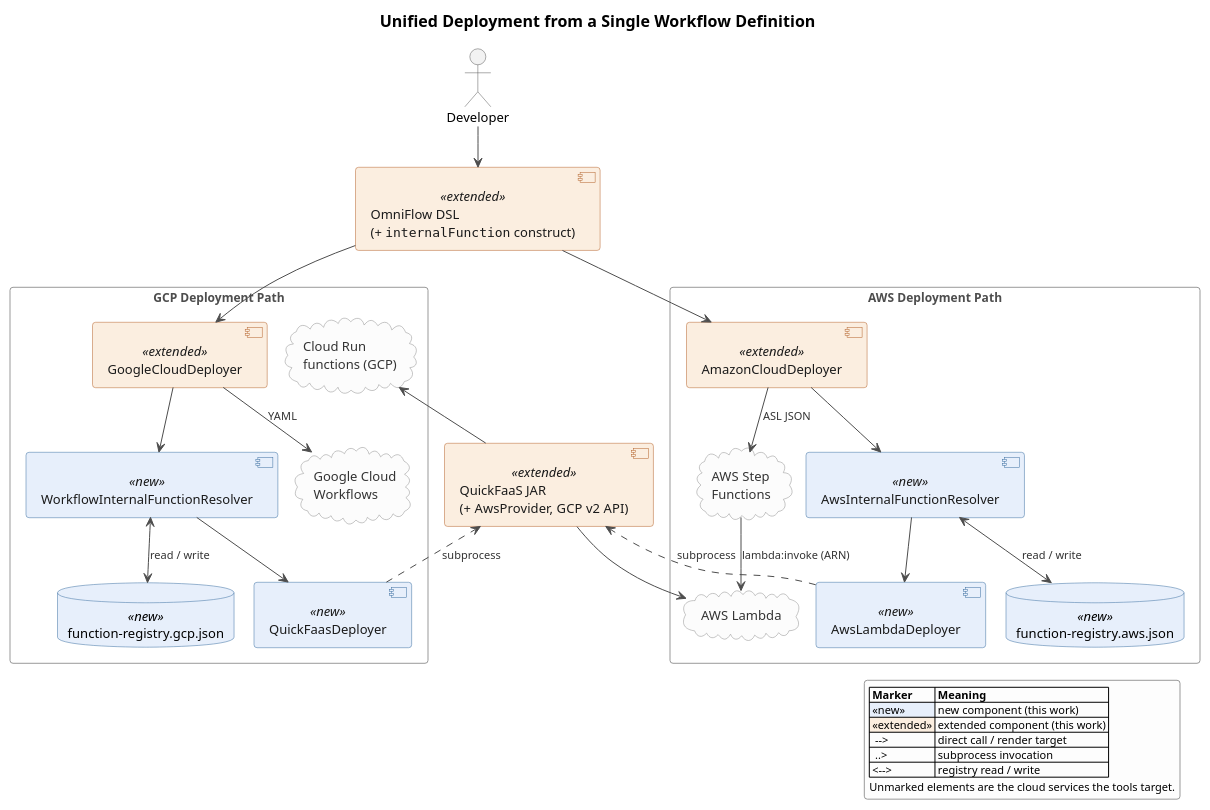
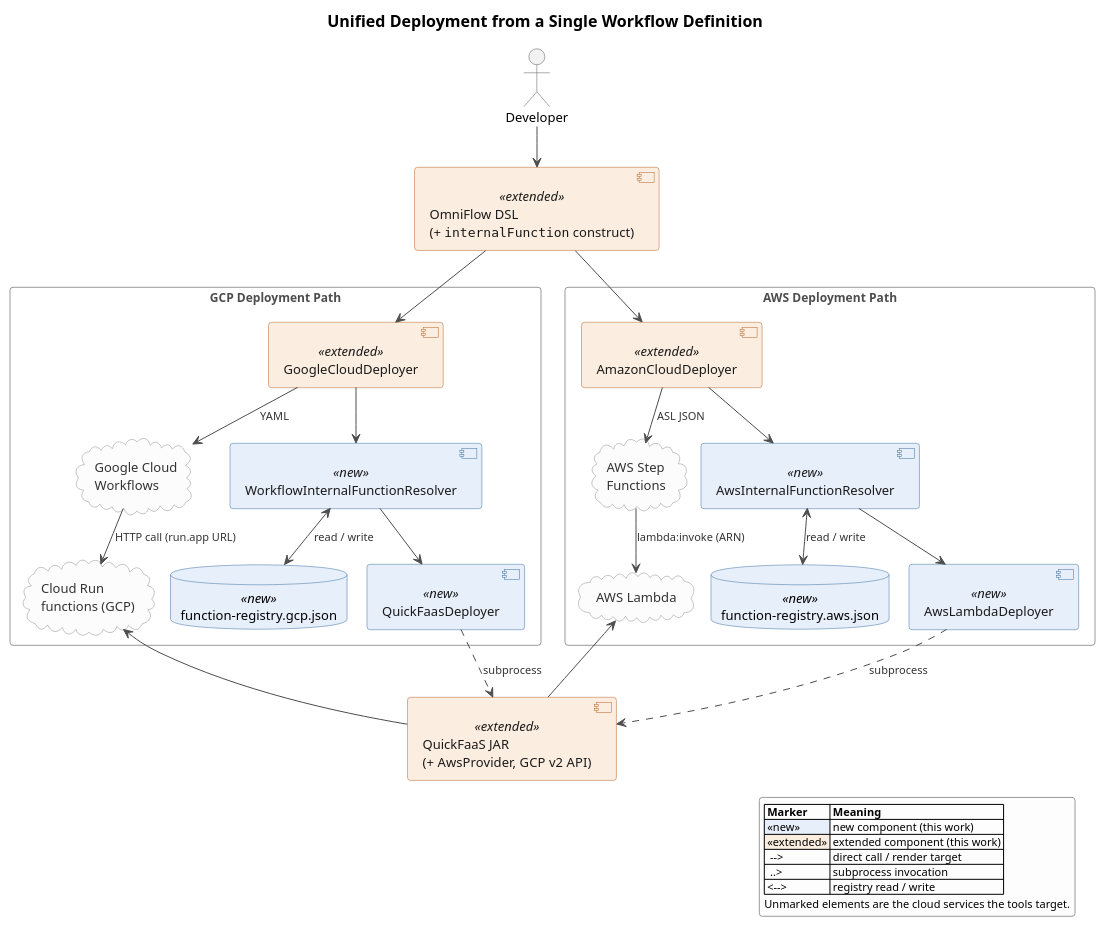
The diagram in diagrams/architecture-after.puml (EngenheiroPedroCarvalho/ISEL-Thesis-2526), drawn with PlantUML before and after one commit. The commit also changed 17 other files, not shown here.

First line of the commit message:
Fill in the smaller gaps between the diagrams, the code and the text

```diff
--- a/diagrams/architecture-after.puml
+++ b/diagrams/architecture-after.puml
@@ -1,122 +1,123 @@
 @startuml architecture-after
 skinparam monochrome false
 skinparam shadowing false
 skinparam roundcorner 6
 skinparam defaultFontName Helvetica
 skinparam defaultFontSize 13
 skinparam titleFontSize 16
 skinparam titleFontStyle bold
 skinparam nodesep 20
 skinparam ranksep 40
 
 skinparam ArrowColor #4D4D4D
 skinparam ArrowFontSize 11
 skinparam ArrowFontColor #333333
 
 skinparam actor {
   BackgroundColor #F2F2F2
   BorderColor #595959
 }
 
 skinparam component {
   BackgroundColor #F7F7F7
   BorderColor #595959
   FontColor #1A1A1A
 }
 skinparam component<<new>> {
   BackgroundColor #E7EFFB
   BorderColor #3B6FA0
   FontColor #1A1A1A
 }
 skinparam component<<extended>> {
   BackgroundColor #FBEEE0
   BorderColor #B4622A
   FontColor #1A1A1A
 }
 
 skinparam database {
   BackgroundColor #ECECEC
   BorderColor #595959
 }
 skinparam database<<new>> {
   BackgroundColor #E7EFFB
   BorderColor #3B6FA0
 }
 
 skinparam cloud {
   BackgroundColor #FCFCFC
   BorderColor #8C8C8C
   FontColor #333333
 }
 
 skinparam rectangle {
   BackgroundColor transparent
   BorderColor #999999
   FontColor #4D4D4D
   FontStyle bold
   FontSize 12
 }
 
 skinparam legend {
   BackgroundColor #FDFDFD
   BorderColor #999999
   FontSize 11
 }
 
 title Unified Deployment from a Single Workflow Definition
 
 actor "Developer" as D2
 component "OmniFlow DSL\n(+ ""internalFunction"" construct)" as DSL2 <<extended>>
 
 rectangle "GCP Deployment Path" {
   component "GoogleCloudDeployer" as GCD2 <<extended>>
   component "WorkflowInternalFunctionResolver" as WIFR <<new>>
   component "QuickFaasDeployer" as QFD <<new>>
   cloud "Google Cloud\nWorkflows" as GCW2
   cloud "Cloud Run\nfunctions (GCP)" as GFN
   database "function-registry.gcp.json" as REGG <<new>>
 }
 
 rectangle "AWS Deployment Path" {
   component "AmazonCloudDeployer" as ACD2 <<extended>>
   component "AwsInternalFunctionResolver" as AIFR <<new>>
   component "AwsLambdaDeployer" as ALD <<new>>
   cloud "AWS Step\nFunctions" as SF2
   cloud "AWS Lambda" as LAM
   database "function-registry.aws.json" as REGA <<new>>
 }
 
 component "QuickFaaS JAR\n(+ AwsProvider, GCP v2 API)" as JAR <<extended>>
 
 D2 --> DSL2
 DSL2 --> GCD2
 DSL2 --> ACD2
 
 GCD2 --> WIFR
 ACD2 --> AIFR
 WIFR <--> REGG : read / write
 AIFR <--> REGA : read / write
 
 WIFR --> QFD
 AIFR --> ALD
 QFD ..> JAR : subprocess
 ALD ..> JAR : subprocess
 
 JAR --> GFN
 JAR --> LAM
 
 GCD2 --> GCW2 : YAML
 ACD2 --> SF2 : ASL JSON
+GCW2 --> GFN : HTTP call (run.app URL)
 SF2 --> LAM : lambda:invoke (ARN)
 
 legend right
   |= Marker |= Meaning |
   |<#E7EFFB> «new» | new component (this work) |
   |<#FBEEE0> «extended» | extended component (this work) |
   |  --> | direct call / render target |
   |  ..> | subprocess invocation |
   | <--> | registry read / write |
   Unmarked elements are the cloud services the tools target.
 endlegend
 
 @enduml
```
